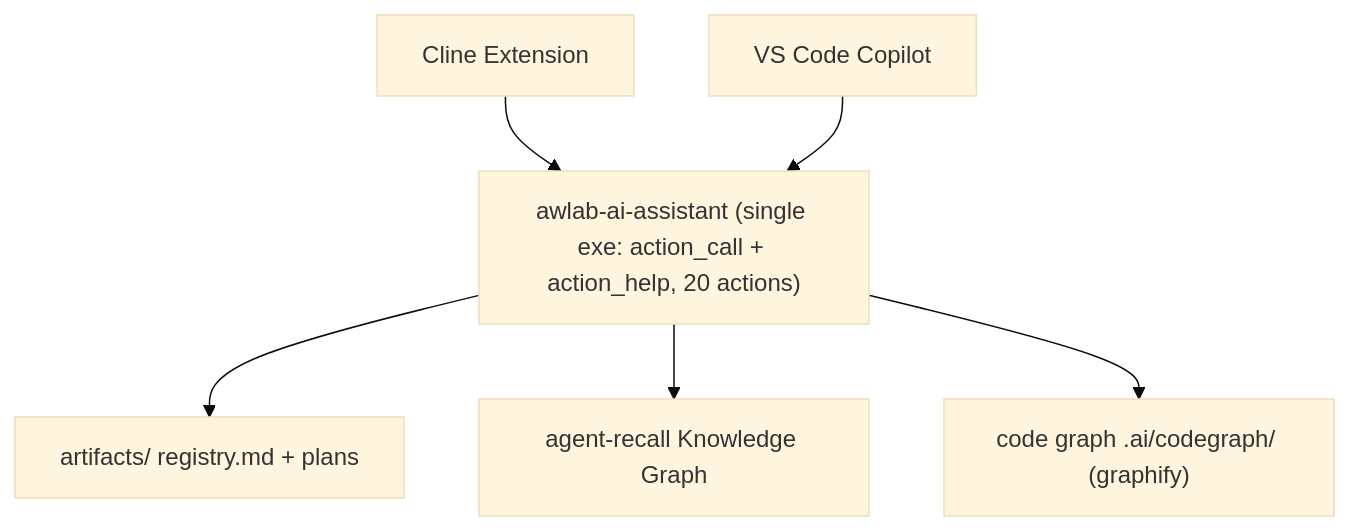
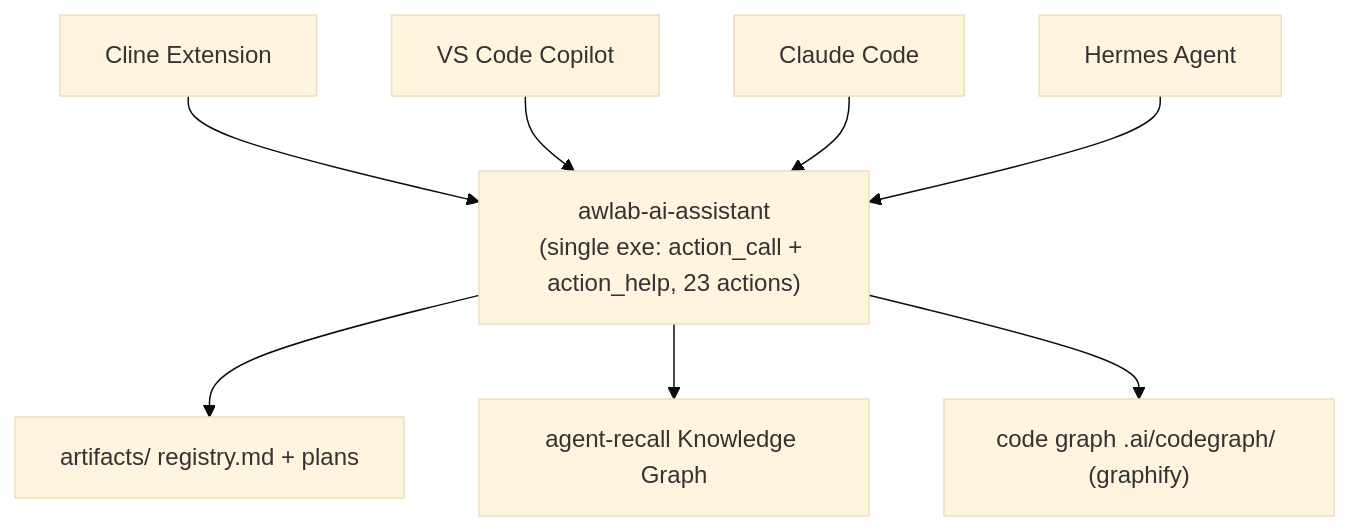
The first of 2 diagrams in README.md (awsomplak/awlab-ai-assistant), drawn with Mermaid (base theme) before and after one commit. The commit also changed other lines of this file and 13 other files, not shown here.

Commit message:
[upd] Docs: split en/id, redesign README + banner, move REGISTRY_SCHEMA to docs/en

````diff
--- a/README.md
+++ b/README.md
@@ -42,15 +57,19 @@
 ```mermaid
 graph TB
   CL["Cline Extension"]
   CP["VS Code Copilot"]
-  AM["awlab-ai-assistant (single exe: action_call + action_help, 20 actions)"]
+  CC["Claude Code"]
+  HR["Hermes Agent"]
+  AM["awlab-ai-assistant<br/>(single exe: action_call + action_help, 23 actions)"]
   ART["artifacts/ registry.md + plans"]
   AG["agent-recall Knowledge Graph"]
   CG["code graph .ai/codegraph/ (graphify)"]
 
   CL --> AM
   CP --> AM
+  CC --> AM
+  HR --> AM
   AM --> ART
   AM --> AG
   AM --> CG
 ```
````
